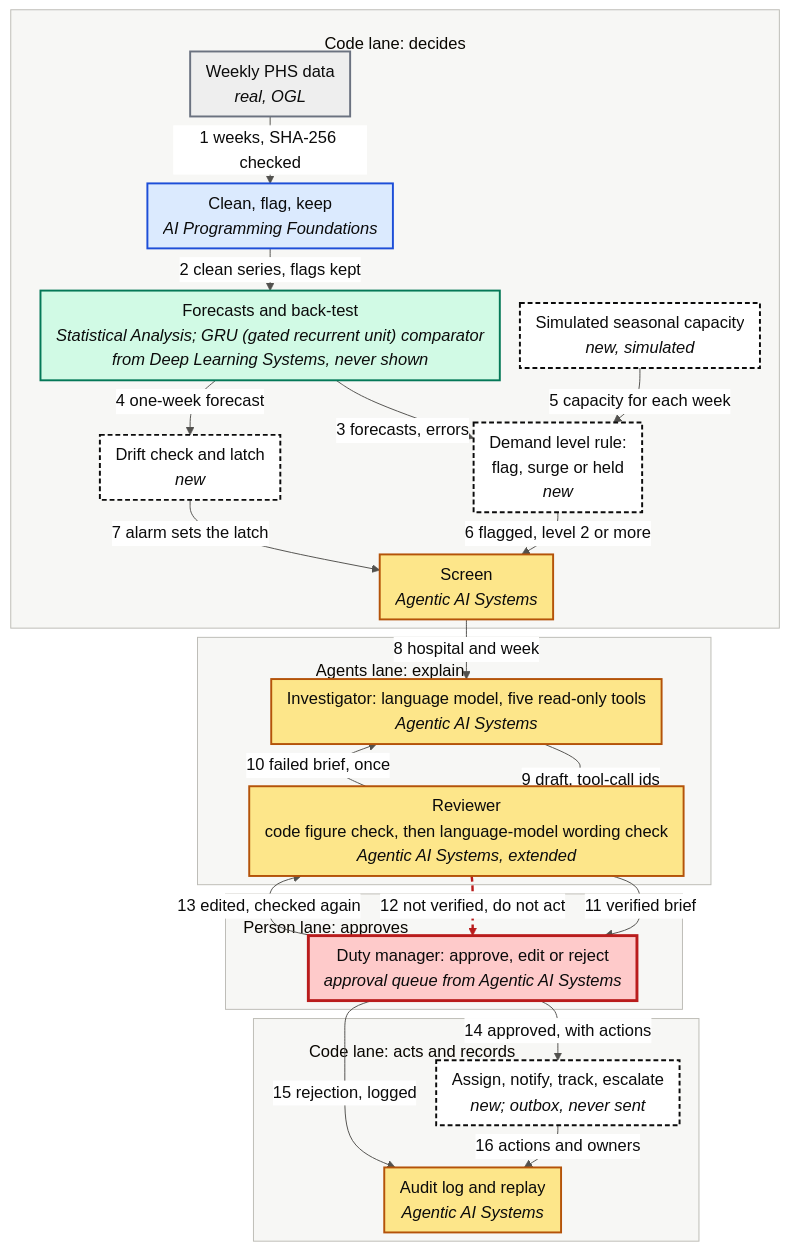
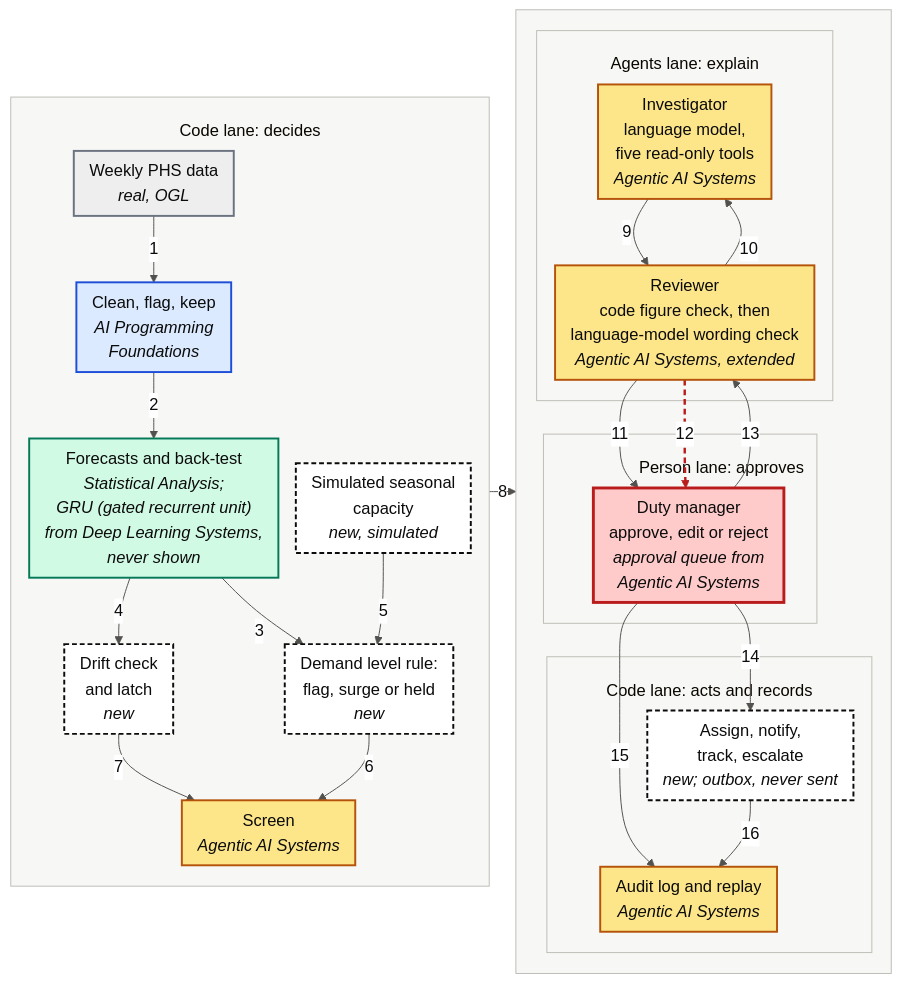
The diagram in diagram/architecture.mmd (PaddyGilliland1/industry-integrated-ai-system-synthesis-old), drawn with Mermaid before and after one commit. The commit also changed 5 other files, not shown here.

First line of the commit message:
Redraw Figure 1 as two columns so it fits the paper's 6.5 by 8.2 inch figure box

```diff
--- a/diagram/architecture.mmd
+++ b/diagram/architecture.mmd
@@ -1,81 +1,87 @@
 ---
 config:
   theme: base
   themeVariables:
     fontSize: 17px
     fontFamily: "DejaVu Sans, Arial, sans-serif"
     primaryTextColor: "#0b0b0b"
     lineColor: "#52514e"
     edgeLabelBackground: "#ffffff"
     clusterBkg: "#f7f7f5"
     clusterBorder: "#bdbcb6"
   flowchart:
     curve: basis
     htmlLabels: true
-    wrappingWidth: 460
-    nodeSpacing: 20
+    wrappingWidth: 300
+    nodeSpacing: 18
     rankSpacing: 18
     padding: 8
     subGraphTitleMargin:
       top: 22
       bottom: 12
 ---
-flowchart TB
-%% Figure 1: code decides, the agents explain, a person approves. Each arrow's
-%% number is its row in the case study's interaction table, which says in full
-%% what each arrow carries, and each box names the prior project it comes from,
-%% or says it is new in this project. The code lane is drawn in two parts,
-%% before and after the person decides, so the figure stands portrait and its
-%% smallest text prints at 8 pt or more at a 16 cm column. The lanes set no
-%% direction of their own, since Mermaid then draws a link into a lane to the
-%% lane's edge; the spaces after three lane titles move each title off the
-%% arrow that enters its lane.
+flowchart LR
+%% Figure 1: code decides, the agents explain, a person approves. Each arrow
+%% carries only its number, which is its row in the case study's interaction
+%% table, and each box names the prior project it comes from, or says it is
+%% new in this project. The code lane's first part stands on the left and the
+%% other lanes on the right, its second part last, so the figure is no taller
+%% than 1.26 times its width and its smallest text prints at 8 pt or more at
+%% 6.5 inches wide. Arrow 8 joins the two columns, not two boxes,
+%% because a column keeps its own top-to-bottom order only while no box inside
+%% it links outside it; the table says it runs from the screen to the
+%% Investigator. The spaces before the person lane's title move it off the
+%% dashed route.
   subgraph CODE["Code lane: decides"]
+    direction TB
     DATA["Weekly PHS data<br/><i>real, OGL</i>"]
-    CLEAN["Clean, flag, keep<br/><i>AI Programming Foundations</i>"]
-    FC["Forecasts and back-test<br/><i>Statistical Analysis; GRU (gated recurrent unit) comparator<br/>from Deep Learning Systems, never shown</i>"]
-    CAP["Simulated seasonal capacity<br/><i>new, simulated</i>"]
+    CLEAN["Clean, flag, keep<br/><i>AI Programming<br/>Foundations</i>"]
+    FC["Forecasts and back-test<br/><i>Statistical Analysis;<br/>GRU (gated recurrent unit)<br/>from Deep Learning Systems,<br/>never shown</i>"]
+    CAP["Simulated seasonal<br/>capacity<br/><i>new, simulated</i>"]
     LEVEL["Demand level rule:<br/>flag, surge or held<br/><i>new</i>"]
-    DRIFT["Drift check and latch<br/><i>new</i>"]
+    DRIFT["Drift check<br/>and latch<br/><i>new</i>"]
     SCREEN["Screen<br/><i>Agentic AI Systems</i>"]
+    DATA -->|"1"| CLEAN
+    CLEAN -->|"2"| FC
+    FC -->|"3"| LEVEL
+    FC -->|"4"| DRIFT
+    CAP -->|"5"| LEVEL
+    LEVEL -->|"6"| SCREEN
+    DRIFT -->|"7"| SCREEN
   end
-  subgraph AGENTS["Agents lane: explain&nbsp;&nbsp;&nbsp;&nbsp;&nbsp;&nbsp;&nbsp;&nbsp;&nbsp;&nbsp;&nbsp;&nbsp;&nbsp;&nbsp;&nbsp;&nbsp;&nbsp;&nbsp;&nbsp;&nbsp;&nbsp;&nbsp;&nbsp;&nbsp;&nbsp;&nbsp;&nbsp;&nbsp;"]
-    INV["Investigator: language model, five read-only tools<br/><i>Agentic AI Systems</i>"]
-    REV["Reviewer<br/>code figure check, then language-model wording check<br/><i>Agentic AI Systems, extended</i>"]
+  subgraph RIGHT[" "]
+    direction TB
+    subgraph AGENTS["Agents lane: explain"]
+      INV["Investigator<br/>language model,<br/>five read-only tools<br/><i>Agentic AI Systems</i>"]
+      REV["Reviewer<br/>code figure check, then<br/>language-model wording check<br/><i>Agentic AI Systems, extended</i>"]
+    end
+    subgraph PERSON["&nbsp;&nbsp;&nbsp;&nbsp;&nbsp;&nbsp;&nbsp;&nbsp;&nbsp;&nbsp;&nbsp;&nbsp;&nbsp;&nbsp;&nbsp;&nbsp;&nbsp;&nbsp;Person lane: approves"]
+      MGR["Duty manager<br/>approve, edit or reject<br/><i>approval queue from<br/>Agentic AI Systems</i>"]
+    end
+    subgraph RECORD["Code lane: acts and records"]
+      ACT["Assign, notify,<br/>track, escalate<br/><i>new; outbox, never sent</i>"]
+      AUDIT["Audit log and replay<br/><i>Agentic AI Systems</i>"]
+    end
+    INV -->|"9"| REV
+    REV -->|"10"| INV
+    REV -->|"11"| MGR
+    REV -->|"12"| MGR
+    MGR -->|"13"| REV
+    MGR -->|"14"| ACT
+    MGR -->|"15"| AUDIT
+    ACT -->|"16"| AUDIT
   end
-  subgraph PERSON["Person lane: approves&nbsp;&nbsp;&nbsp;&nbsp;&nbsp;&nbsp;&nbsp;&nbsp;&nbsp;&nbsp;&nbsp;&nbsp;&nbsp;&nbsp;&nbsp;&nbsp;&nbsp;&nbsp;&nbsp;&nbsp;&nbsp;&nbsp;&nbsp;&nbsp;&nbsp;&nbsp;&nbsp;&nbsp;&nbsp;&nbsp;&nbsp;&nbsp;&nbsp;&nbsp;&nbsp;&nbsp;&nbsp;&nbsp;&nbsp;&nbsp;&nbsp;&nbsp;&nbsp;&nbsp;&nbsp;&nbsp;&nbsp;&nbsp;&nbsp;&nbsp;&nbsp;&nbsp;&nbsp;&nbsp;&nbsp;&nbsp;"]
-    MGR["Duty manager: approve, edit or reject<br/><i>approval queue from Agentic AI Systems</i>"]
-  end
-  subgraph RECORD["Code lane: acts and records&nbsp;&nbsp;&nbsp;&nbsp;&nbsp;&nbsp;&nbsp;&nbsp;&nbsp;&nbsp;&nbsp;&nbsp;&nbsp;&nbsp;&nbsp;&nbsp;&nbsp;&nbsp;&nbsp;&nbsp;&nbsp;&nbsp;&nbsp;&nbsp;&nbsp;&nbsp;&nbsp;&nbsp;"]
-    ACT["Assign, notify, track, escalate<br/><i>new; outbox, never sent</i>"]
-    AUDIT["Audit log and replay<br/><i>Agentic AI Systems</i>"]
-  end
-  DATA -->|"1 weeks, SHA-256 checked"| CLEAN
-  CLEAN -->|"2 clean series, flags kept"| FC
-  FC -->|"3 forecasts, errors"| LEVEL
-  FC -->|"4 one-week forecast"| DRIFT
-  CAP -->|"5 capacity for each week"| LEVEL
-  LEVEL -->|"6 flagged, level 2 or more"| SCREEN
-  DRIFT -->|"7 alarm sets the latch"| SCREEN
-  SCREEN -->|"8 hospital and week"| INV
-  INV -->|"9 draft, tool-call ids"| REV
-  REV -->|"10 failed brief, once"| INV
-  REV -->|"11 verified brief"| MGR
-  REV -->|"12 not verified, do not act"| MGR
-  MGR -->|"13 edited, checked again"| REV
-  MGR -->|"14 approved, with actions"| ACT
-  MGR -->|"15 rejection, logged"| AUDIT
-  ACT -->|"16 actions and owners"| AUDIT
+  CODE -->|"8"| RIGHT
   classDef data fill:#eeeeee,stroke:#6b7280,stroke-width:2px
   classDef apf fill:#dbeafe,stroke:#1d4ed8,stroke-width:2px
   classDef stat fill:#d1fae5,stroke:#047857,stroke-width:2px
   classDef agentic fill:#fde68a,stroke:#b45309,stroke-width:2px
   classDef new fill:#ffffff,stroke:#0b0b0b,stroke-width:2px,stroke-dasharray:5 3
   classDef person fill:#fecaca,stroke:#b91c1c,stroke-width:3px
   class DATA data
   class CLEAN apf
   class FC stat
   class CAP,LEVEL,DRIFT,ACT new
   class SCREEN,INV,REV,AUDIT agentic
   class MGR person
-  linkStyle 11 stroke:#b91c1c,stroke-width:2.5px,stroke-dasharray:6 4
+  linkStyle 10 stroke:#b91c1c,stroke-width:2.5px,stroke-dasharray:6 4
```
